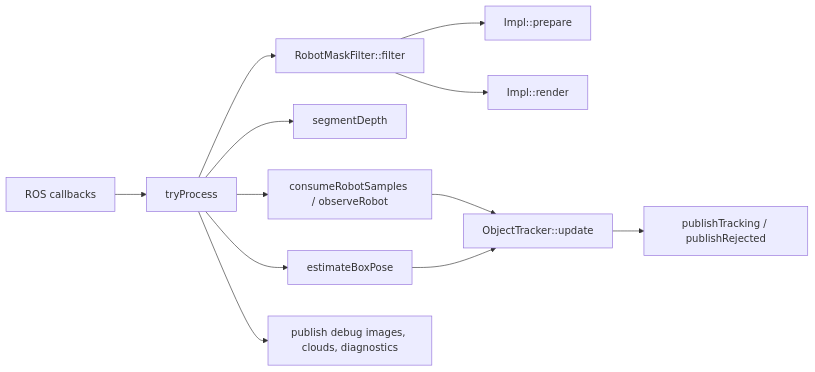
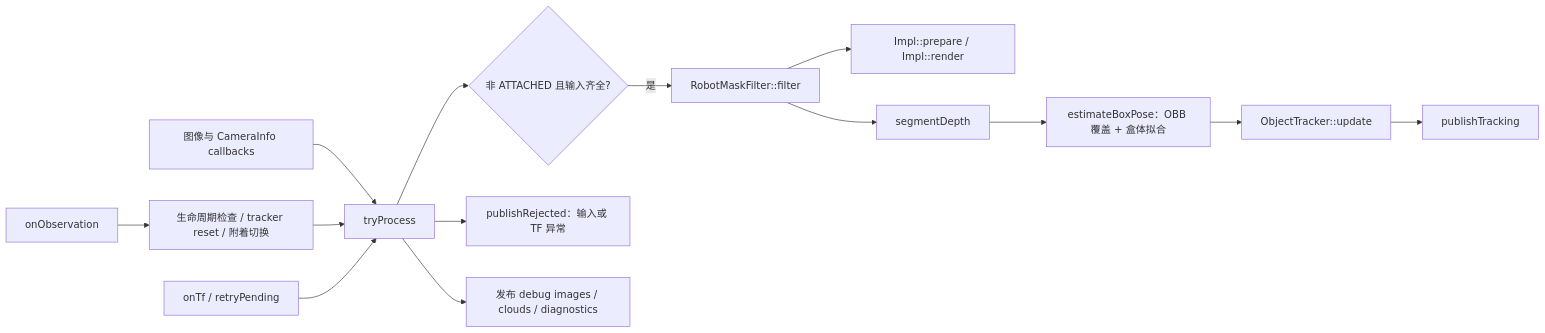
Before and after one commit to tsh00k/robotic_manipulation_practice: the third of 3 diagrams in Job_guides/my_study/week4.md, drawn with Mermaid. The commit also changed other lines of this file and 27 other files, not shown here.

````diff
--- a/Job_guides/my_study/week4.md
+++ b/Job_guides/my_study/week4.md
@@ -161,14 +186,16 @@
 ```mermaid
 flowchart LR
-  N[ROS callbacks] --> T[tryProcess]
-  T --> R[RobotMaskFilter::filter]
-  R --> P[Impl::prepare]
-  R --> V[Impl::render]
-  T --> S[segmentDepth]
-  T --> O[estimateBoxPose]
-  T --> G[consumeRobotSamples / observeRobot]
+  N[图像与 CameraInfo callbacks] --> T[tryProcess]
+  B[onObservation] --> L[生命周期检查 / tracker reset / 附着切换]
+  L --> T
+  F[onTf / retryPending] --> T
+  T --> A{非 ATTACHED 且输入齐全?}
+  A -- 是 --> R[RobotMaskFilter::filter]
+  R --> P[Impl::prepare / Impl::render]
+  R --> S[segmentDepth]
+  S --> G[estimateBoxPose：OBB 覆盖 + 盒体拟合]
   G --> U[ObjectTracker::update]
-  O --> U
-  U --> Q[publishTracking / publishRejected]
-  T --> X[publish debug images, clouds, diagnostics]
+  U --> Q[publishTracking]
+  T --> E[publishRejected：输入或 TF 异常]
+  T --> X[发布 debug images / clouds / diagnostics]
 ```
````
